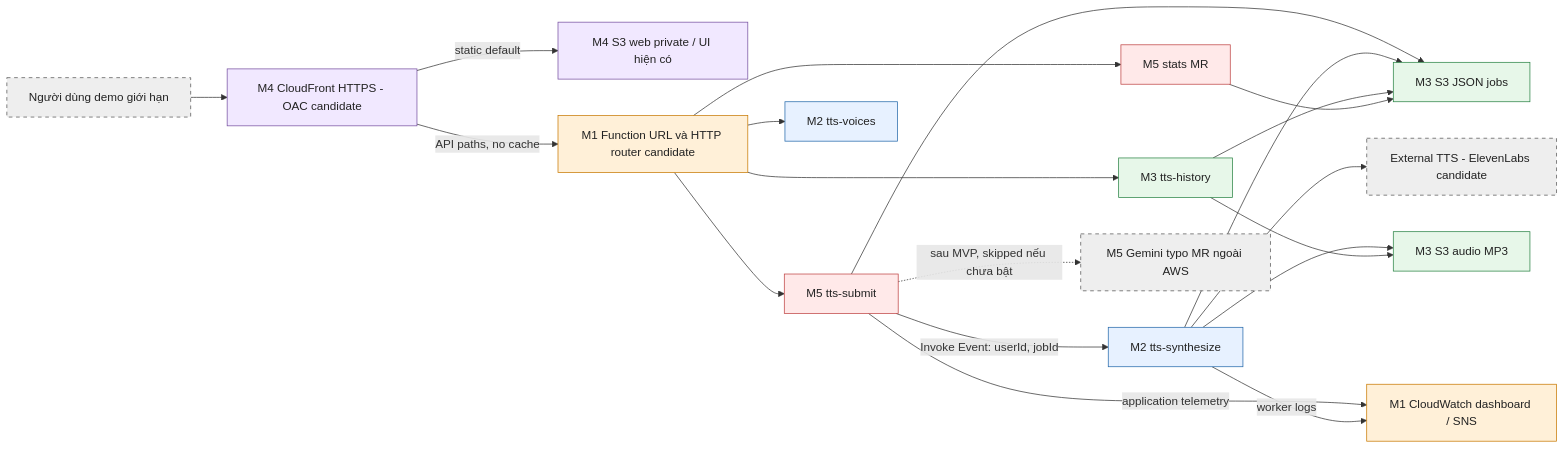
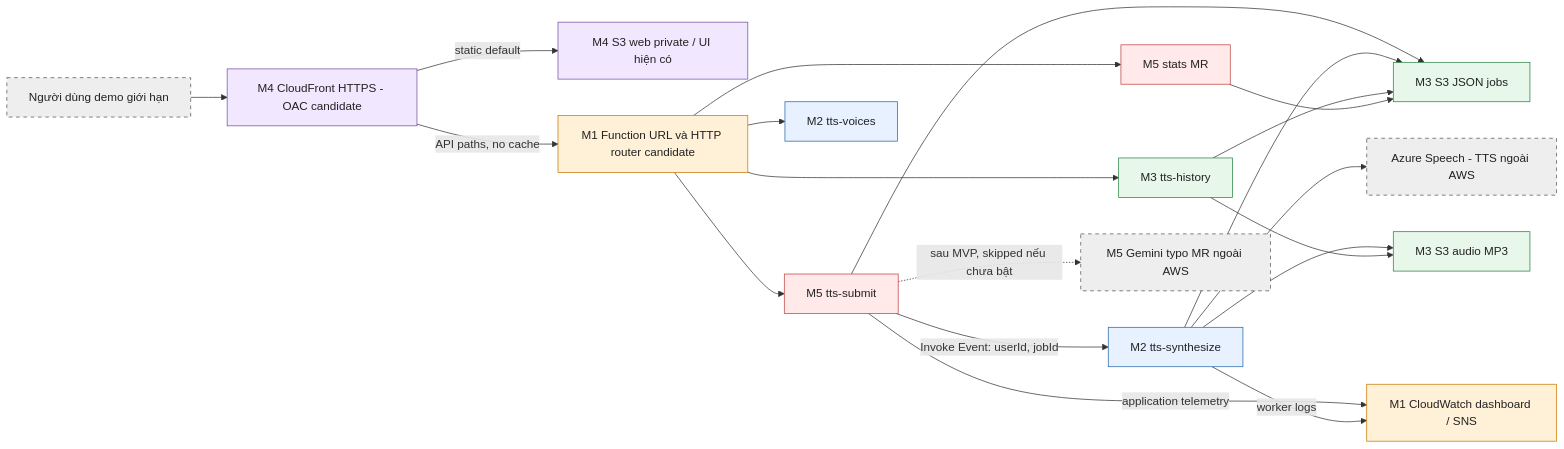
The diagram in docs/overview/ARCHITECTURE.md (solvarhuynh/aws-multilingual-tts), drawn with Mermaid before and after one commit. The commit also changed other lines of this file and 20 other files, not shown here.

```diff
--- a/docs/overview/ARCHITECTURE.md
+++ b/docs/overview/ARCHITECTURE.md
@@ -7,47 +7,47 @@
 ~~~mermaid
 flowchart LR
     U["Người dùng demo giới hạn"]
     CF["M4 CloudFront HTTPS - OAC candidate"]
     W["M4 S3 web private / UI hiện có"]
     H["M1 Function URL và HTTP router candidate"]
     S["M5 tts-submit"]
     X["M2 tts-synthesize"]
-    P["External TTS - ElevenLabs candidate"]
+    P["Azure Speech - TTS ngoài AWS"]
     V["M2 tts-voices"]
     R["M3 tts-history"]
     J["M3 S3 JSON jobs"]
     A["M3 S3 audio MP3"]
     T["M5 stats MR"]
     G["M5 Gemini typo MR ngoài AWS"]
     M["M1 CloudWatch dashboard / SNS"]
     U --> CF
     CF -->|"static default"| W
     CF -->|"API paths, no cache"| H
     H --> S
     H --> V
     H --> R
     H --> T
     S -->|"Invoke Event: userId, jobId"| X
     S --> J
     X --> J
     X --> P
     X --> A
     R --> J
     R --> A
     T --> J
     S -. "sau MVP, skipped nếu chưa bật" .-> G
     S -->|"application telemetry"| M
     X -->|"worker logs"| M
     classDef m1 fill:#fff0d8,stroke:#c87900,color:#222;
     classDef m2 fill:#e7f1ff,stroke:#2468aa,color:#222;
     classDef m3 fill:#e7f7e9,stroke:#298344,color:#222;
     classDef m4 fill:#f1e8ff,stroke:#7650a0,color:#222;
     classDef m5 fill:#ffe9e9,stroke:#bf4444,color:#222;
     classDef ext fill:#eee,stroke:#555,stroke-dasharray: 5 5,color:#222;
     class H,M m1;
     class X,V m2;
     class J,A,R m3;
     class CF,W m4;
     class S,T m5;
     class U,P,G ext;
 ~~~
```
